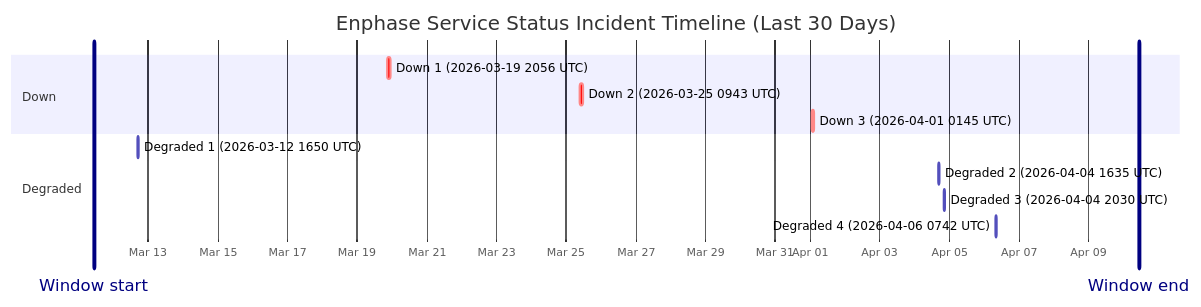
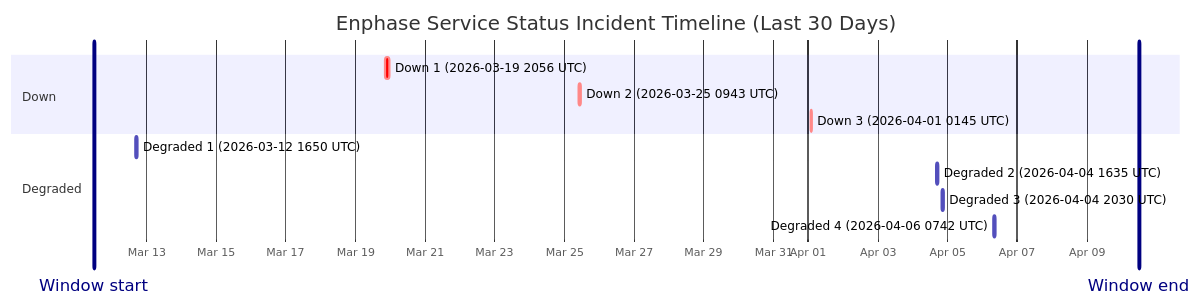
One commit to barneyonline/ha-enphase-ev-charger changed the diagram in wiki/Service-Status-History.md. Above: the diagram before and after it, drawn with Mermaid. The commit also changed other lines of this file and 3 other files, not shown here.

````diff
--- a/wiki/Service-Status-History.md
+++ b/wiki/Service-Status-History.md
@@ -14,17 +14,17 @@
 ```mermaid
 gantt
     title Enphase Service Status Incident Timeline (Last 30 Days)
     dateFormat  YYYY-MM-DDTHH:mm:ss
     axisFormat  %b %d
-    Window start :vert, window-start, 2026-03-11T10:33:00, 0ms
-    Window end :vert, window-end, 2026-04-10T10:33:00, 0ms
+    Window start :vert, window-start, 2026-03-11T11:48:18, 0ms
+    Window end :vert, window-end, 2026-04-10T11:48:18, 0ms
     section Down
     Down 1 (2026-03-19 2056 UTC) :crit, down-1, 2026-03-19T20:56:20, 145m
     Down 2 (2026-03-25 0943 UTC) :crit, down-2, 2026-03-25T09:43:28, 111m
     Down 3 (2026-04-01 0145 UTC) :crit, down-3, 2026-04-01T01:45:09, 60m
     section Degraded
     Degraded 1 (2026-03-12 1650 UTC) :active, degraded-1, 2026-03-12T16:50:43, 60m
     Degraded 2 (2026-04-04 1635 UTC) :active, degraded-2, 2026-04-04T16:35:17, 60m
     Degraded 3 (2026-04-04 2030 UTC) :active, degraded-3, 2026-04-04T20:30:40, 60m
     Degraded 4 (2026-04-06 0742 UTC) :active, degraded-4, 2026-04-06T07:42:09, 85m
 ```
````
